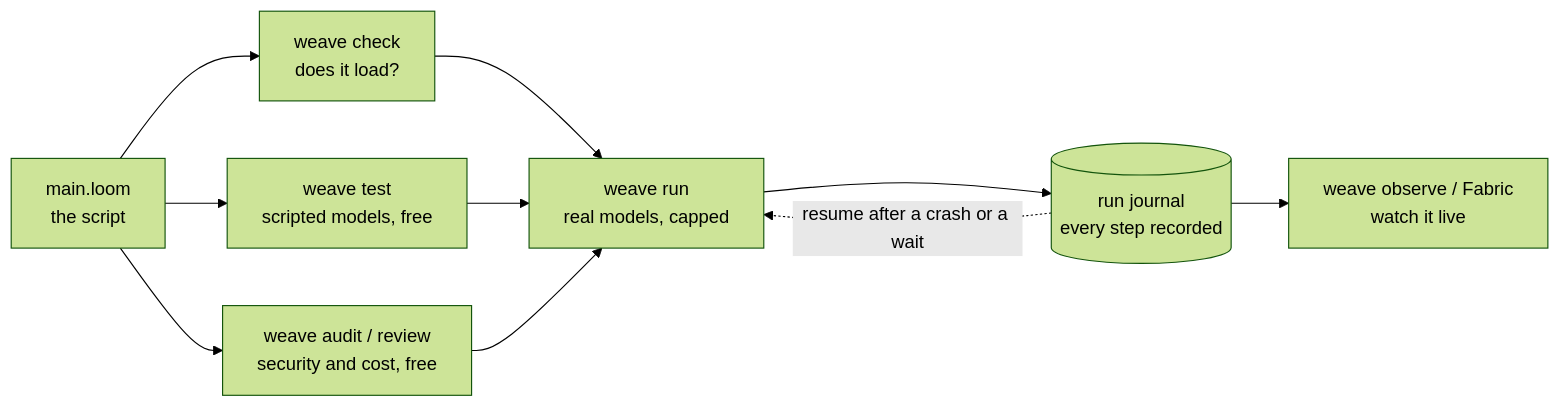
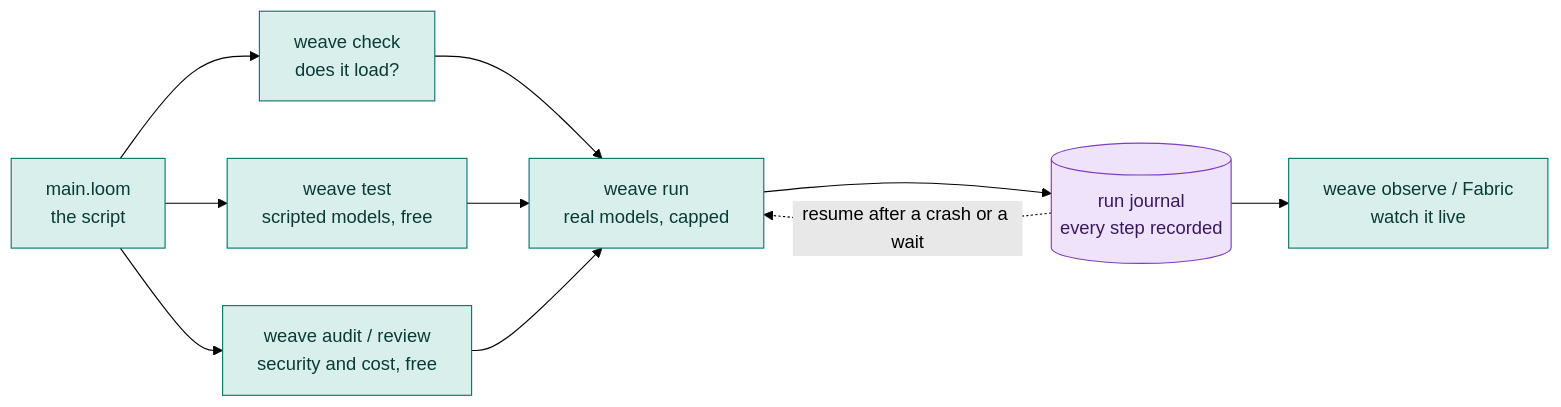
One commit to srijithunni7182/llm4j changed the diagram in docs/tutorial/README.md. Above: the diagram before and after it, drawn with Mermaid (forest theme). The commit also changed other lines of this file and 13 other files, not shown here.

First line of the commit message:
docs: give the tutorial's diagrams meaningful colours

````diff
--- a/docs/tutorial/README.md
+++ b/docs/tutorial/README.md
@@ -13,12 +13,16 @@
 ```mermaid
 flowchart LR
   S["main.loom<br/>the script"] --> C["weave check<br/>does it load?"]
   S --> T["weave test<br/>scripted models, free"]
   S --> A["weave audit / review<br/>security and cost, free"]
   C --> R["weave run<br/>real models, capped"]
   T --> R
   A --> R
   R --> J[("run journal<br/>every step recorded")]
   J --> O["weave observe / Fabric<br/>watch it live"]
   J -. "resume after a crash or a wait" .-> R
+  classDef step fill:#d9efec,stroke:#0f766e,color:#0b3b37
+  classDef store fill:#efe3fb,stroke:#7e3fbf,color:#3a1a5c
+  class S,C,T,A,R,O step
+  class J store
 ```
````
